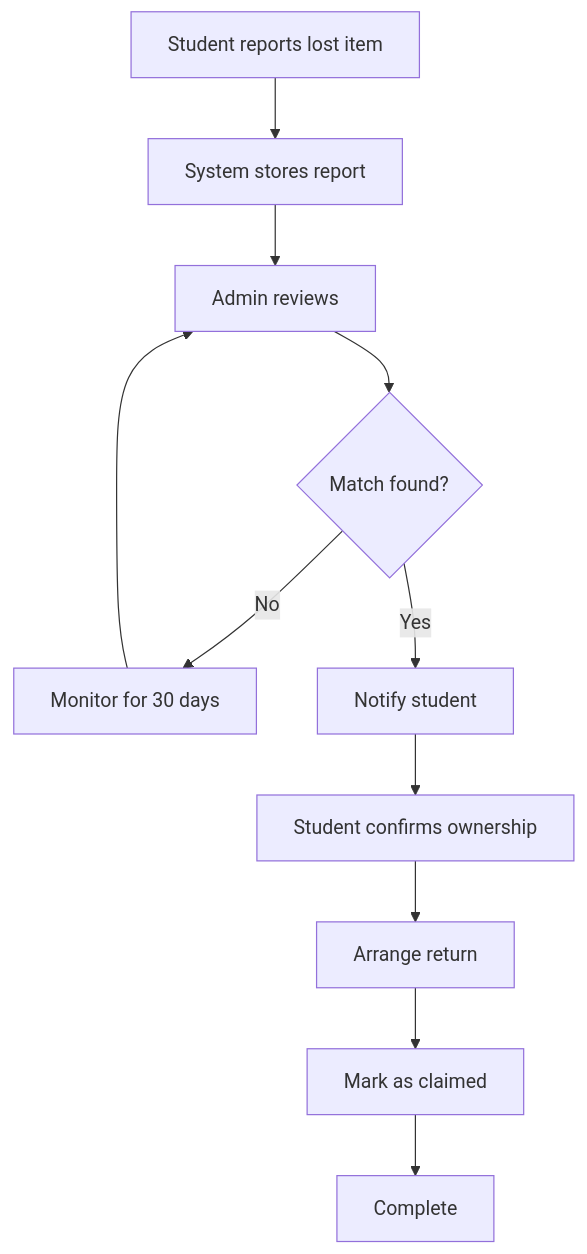
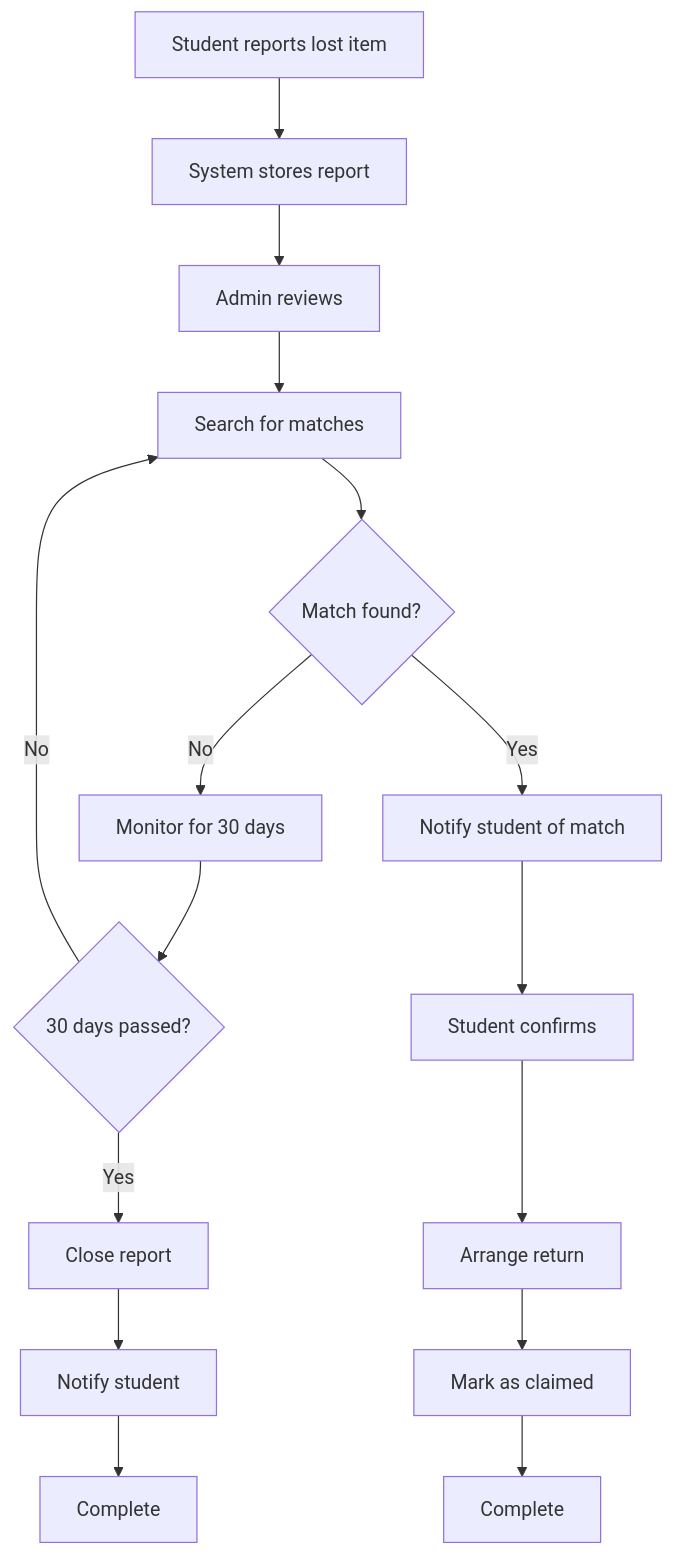
One commit to Amanda2026-crypto/smart-campus-connect changed the seventh of 8 diagrams in activity-diagrams.md. Above: the diagram before and after it, drawn with Mermaid. The commit also changed other lines of this file, not shown here.

````diff
--- a/activity-diagrams.md
+++ b/activity-diagrams.md
@@ -201,14 +318,18 @@
 ```mermaid
 flowchart TD
     A[Student reports lost item] --> B[System stores report]
     B --> C[Admin reviews]
-    C --> D{Match found?}
-    D -->|No| E[Monitor for 30 days]
-    E --> C
-    D -->|Yes| F[Notify student]
-    F --> G[Student confirms ownership]
-    G --> H[Arrange return]
-    H --> I[Mark as claimed]
+    C --> D[Search for matches]
+    D --> E{Match found?}
+    E -->|No| F[Monitor for 30 days]
+    F --> G{30 days passed?}
+    G -->|No| D
+    G -->|Yes| H[Close report]
+    H --> I[Notify student]
     I --> J[Complete]
-
+    E -->|Yes| K[Notify student of match]
+    K --> L[Student confirms]
+    L --> M[Arrange return]
+    M --> N[Mark as claimed]
+    N --> O[Complete]
 ```
````
